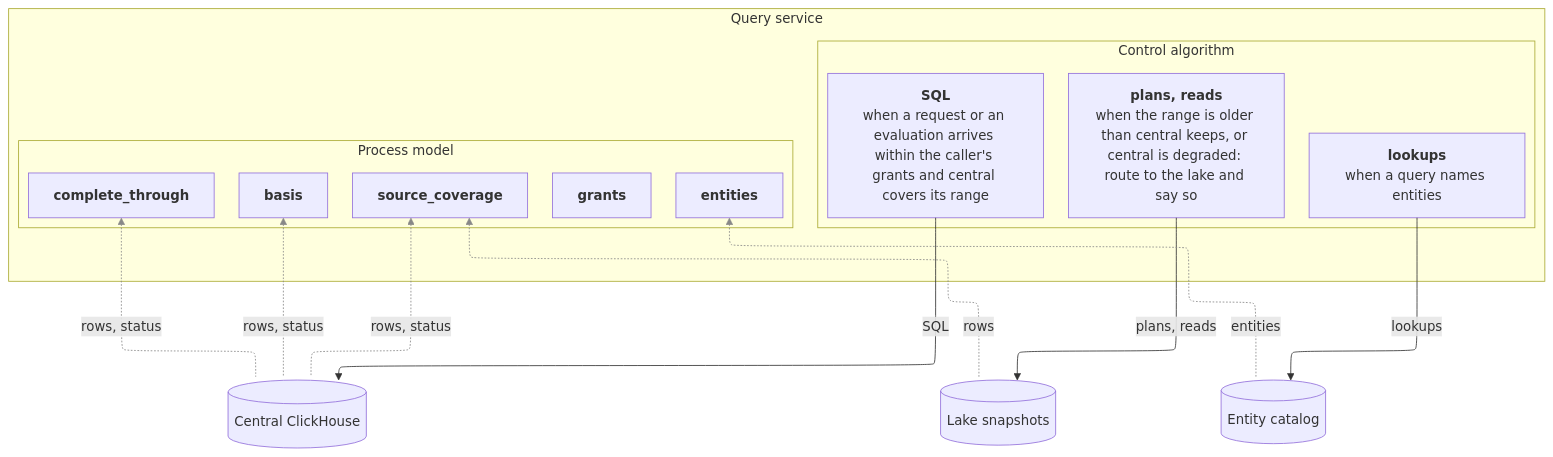
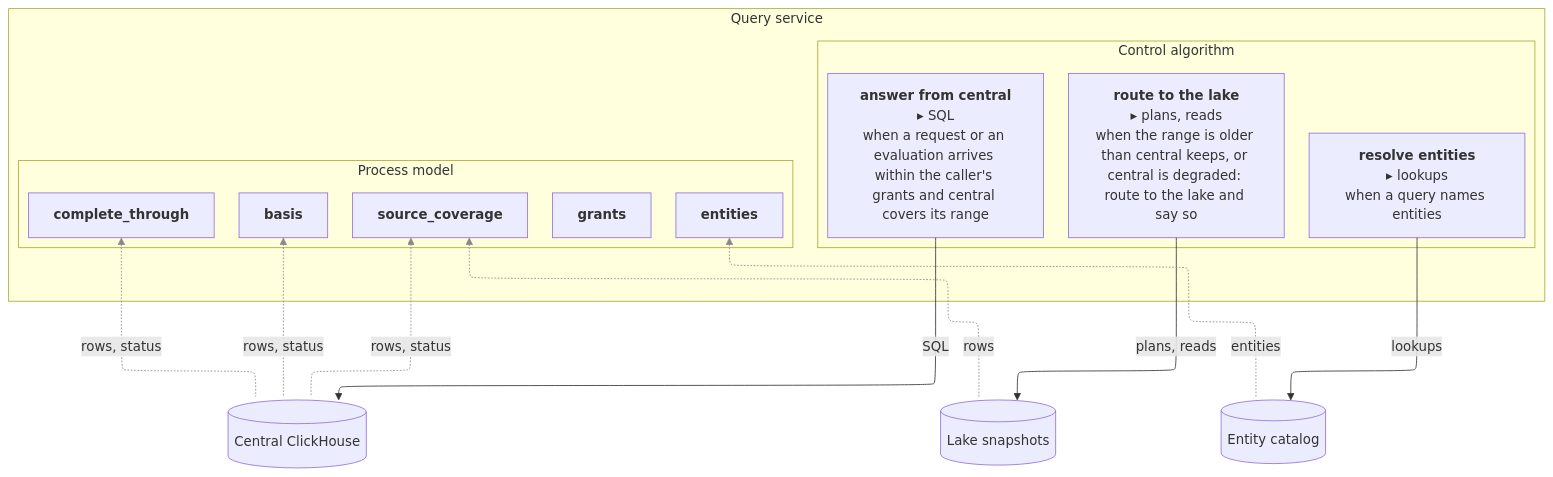
Before and after one commit to casselc/observability: the diagram in otel-chdb/stpa/generated/controller-qs.mmd, drawn with Mermaid. The commit also changed 60 other files, not shown here.

First line of the commit message:
otel-chdb/stpa: rule names head the detail diagrams; PRD widgets for every controller

```diff
--- a/otel-chdb/stpa/generated/controller-qs.mmd
+++ b/otel-chdb/stpa/generated/controller-qs.mmd
@@ -1,33 +1,33 @@
 ---
 config:
   layout: elk
 ---
 flowchart TB
   %% Generated by otel-chdb/stpa/tools from records/controller-2f943e.md and structure.yaml. Do not edit.
   subgraph C["Query service"]
     subgraph CA["Control algorithm"]
-      r1["<b>SQL</b><br/>when a request or an evaluation arrives within the caller's grants and central covers its range"]
-      r2["<b>plans, reads</b><br/>when the range is older than central keeps, or central is degraded: route to the lake and say so"]
-      r3["<b>lookups</b><br/>when a query names entities"]
+      r1["<b>answer from central</b><br/>▸ SQL<br/>when a request or an evaluation arrives within the caller's grants and central covers its range"]
+      r2["<b>route to the lake</b><br/>▸ plans, reads<br/>when the range is older than central keeps, or central is degraded: route to the lake and say so"]
+      r3["<b>resolve entities</b><br/>▸ lookups<br/>when a query names entities"]
     end
     subgraph PM["Process model"]
       v1["<b>grants</b>"]
       v2["<b>complete_through</b>"]
       v3["<b>basis</b>"]
       v4["<b>source_coverage</b>"]
       v5["<b>entities</b>"]
     end
   end
   ned00c7[("Central ClickHouse")]
   r1 -->|SQL| ned00c7
   v2 fb1@<-.->|rows, status| ned00c7
   v3 fb2@<-.->|rows, status| ned00c7
   v4 fb3@<-.->|rows, status| ned00c7
   nb29392[("Lake snapshots")]
   r2 -->|plans, reads| nb29392
   v4 fb4@<-.->|rows| nb29392
   nce1c77[("Entity catalog")]
   r3 -->|lookups| nce1c77
   v5 fb5@<-.->|entities| nce1c77
   classDef fb stroke:#888,marker-end:none
   class fb1,fb2,fb3,fb4,fb5 fb
```
